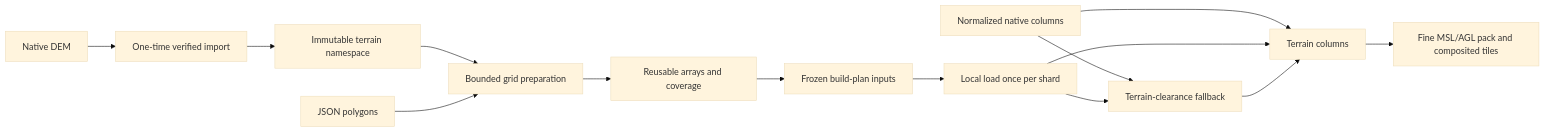
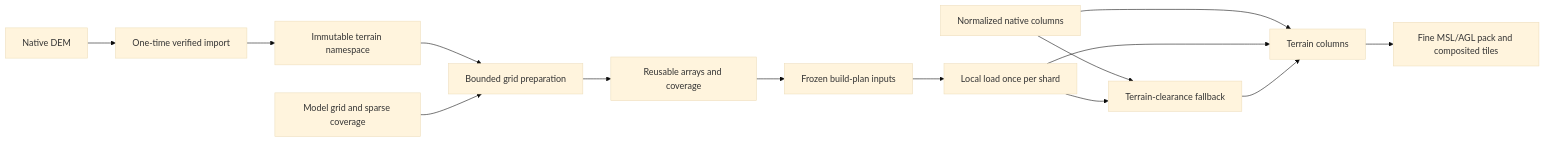
Before and after one commit to jdorrance/av-layers: the third of 3 diagrams in docs/architecture.md, drawn with Mermaid (base theme). The commit also changed other lines of this file and 149 other files, not shown here.

````diff
--- a/docs/architecture.md
+++ b/docs/architecture.md
@@ -111,16 +112,16 @@
 ```mermaid
 flowchart LR
   dem[Native DEM] --> ingest[One-time verified import]
   ingest --> terrain[Immutable terrain namespace]
   terrain --> prepare[Bounded grid preparation]
-  zones[JSON polygons] --> prepare
+  domain[Model grid and sparse coverage] --> prepare
   prepare --> inputs[Reusable arrays and coverage]
   inputs --> plan[Frozen build-plan inputs]
   plan --> workers[Local load once per shard]
   weather[Normalized native columns] --> columns[Terrain columns]
   workers --> columns
   weather --> clearance[Terrain-clearance fallback]
   workers --> clearance
   clearance --> columns
   columns --> agl[Fine MSL/AGL pack and composited tiles]
 ```
````
